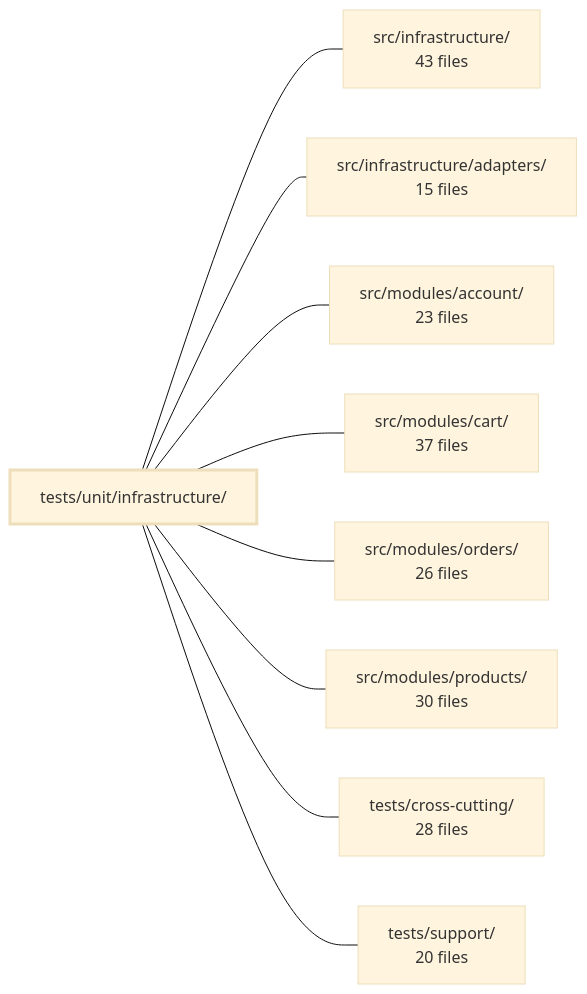
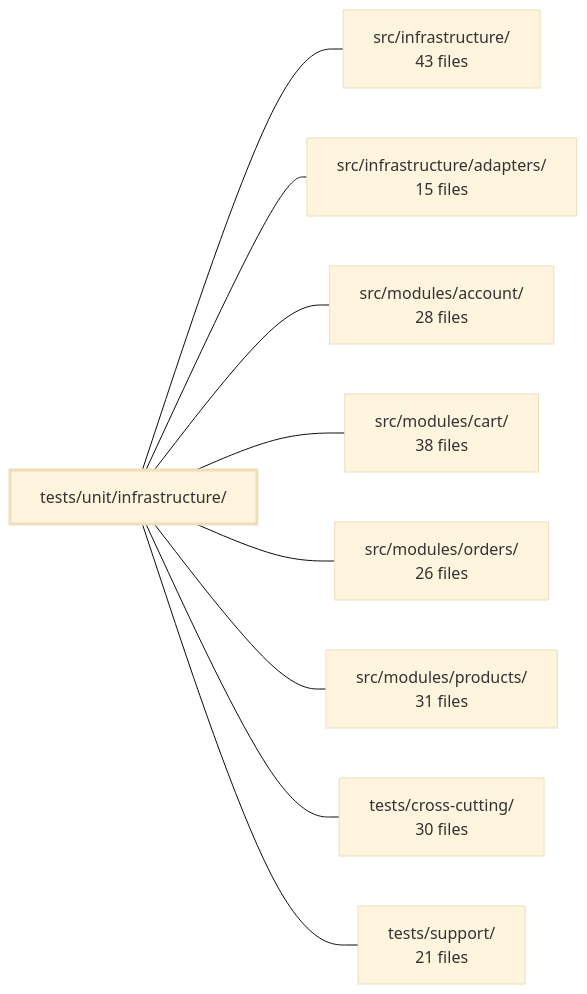
One commit to Guebbit/boilerplate-node-backend changed the diagram in .2repo/modules/boilerplate-node-backend_tests_unit_infrastructure.md. Above: the diagram before and after it, drawn with Mermaid (base theme). The commit also changed other lines of this file and 302 other files, not shown here.

First line of the commit message:
chore(2repo): refresh repo context, wiki, and architecture snapshots

````diff
--- a/.2repo/modules/boilerplate-node-backend_tests_unit_infrastructure.md
+++ b/.2repo/modules/boilerplate-node-backend_tests_unit_infrastructure.md
@@ -47,21 +41,21 @@
 ```mermaid
 flowchart LR
     m_tests_unit_infrastructure["tests/unit/infrastructure/"]
     m_src_infrastructure["src/infrastructure/<br/>43 files"]
     m_src_infrastructure_adapters["src/infrastructure/adapters/<br/>15 files"]
-    m_src_modules_account["src/modules/account/<br/>23 files"]
-    m_src_modules_cart["src/modules/cart/<br/>37 files"]
+    m_src_modules_account["src/modules/account/<br/>28 files"]
+    m_src_modules_cart["src/modules/cart/<br/>38 files"]
     m_src_modules_orders["src/modules/orders/<br/>26 files"]
-    m_src_modules_products["src/modules/products/<br/>30 files"]
-    m_tests_cross_cutting["tests/cross-cutting/<br/>28 files"]
-    m_tests_support["tests/support/<br/>20 files"]
+    m_src_modules_products["src/modules/products/<br/>31 files"]
+    m_tests_cross_cutting["tests/cross-cutting/<br/>30 files"]
+    m_tests_support["tests/support/<br/>21 files"]
     m_tests_unit_infrastructure --- m_src_infrastructure
     m_tests_unit_infrastructure --- m_src_infrastructure_adapters
     m_tests_unit_infrastructure --- m_src_modules_account
     m_tests_unit_infrastructure --- m_src_modules_cart
     m_tests_unit_infrastructure --- m_src_modules_orders
     m_tests_unit_infrastructure --- m_src_modules_products
     m_tests_unit_infrastructure --- m_tests_cross_cutting
     m_tests_unit_infrastructure --- m_tests_support
     style m_tests_unit_infrastructure stroke-width:3px
 ```
````
